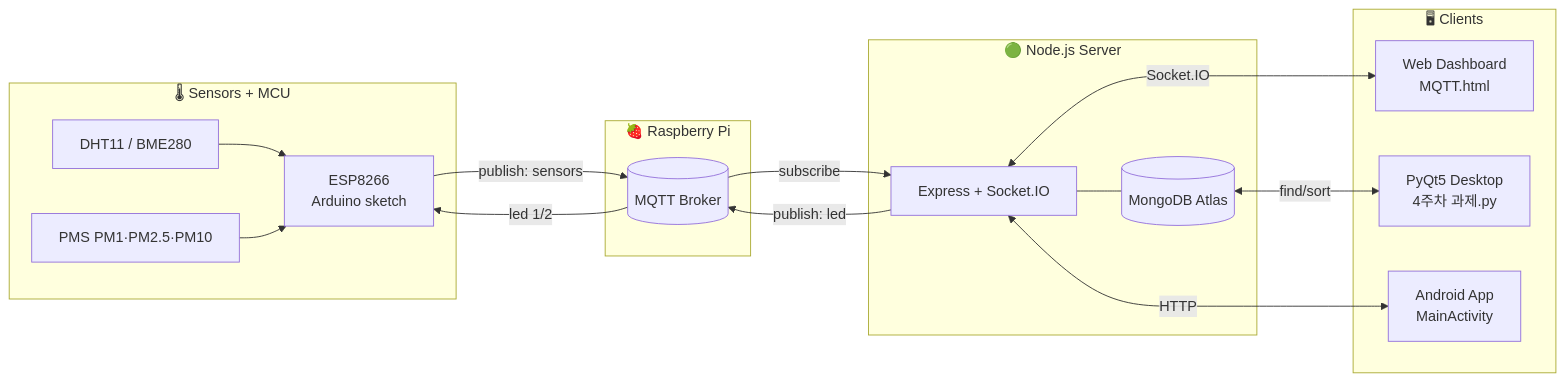
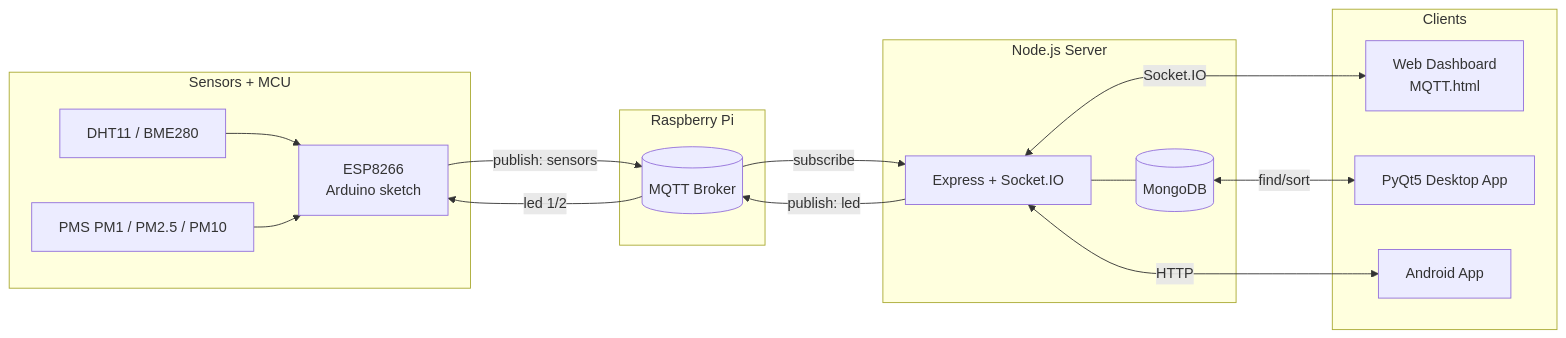
One commit to mrpc2003/koss_iot changed the diagram in README.md. Above: the diagram before and after it, drawn with Mermaid. The commit also changed other lines of this file and 1 other file, not shown here.

````diff
--- a/README.md
+++ b/README.md
@@ -61,34 +62,34 @@
 ```mermaid
 flowchart LR
-    subgraph Devices["🌡 Sensors + MCU"]
+    subgraph Devices["Sensors + MCU"]
       DHT[DHT11 / BME280]
-      PMS[PMS PM1·PM2.5·PM10]
+      PMS[PMS PM1 / PM2.5 / PM10]
       ESP[ESP8266<br/>Arduino sketch]
       DHT --> ESP
       PMS --> ESP
     end
 
-    subgraph Edge["🍓 Raspberry Pi"]
+    subgraph Edge["Raspberry Pi"]
       BROKER[(MQTT Broker)]
     end
 
-    subgraph Server["🟢 Node.js Server"]
+    subgraph Server["Node.js Server"]
       EXP[Express + Socket.IO]
-      DB[(MongoDB Atlas)]
+      DB[(MongoDB)]
       EXP --- DB
     end
 
-    subgraph Clients["🖥 Clients"]
+    subgraph Clients["Clients"]
       WEB[Web Dashboard<br/>MQTT.html]
-      QT[PyQt5 Desktop<br/>4주차 과제.py]
-      AND[Android App<br/>MainActivity]
+      QT[PyQt5 Desktop App]
+      AND[Android App]
     end
 
     ESP -- publish: sensors --> BROKER
     BROKER -- subscribe --> EXP
     EXP <-- Socket.IO --> WEB
     DB <-- find/sort --> QT
     EXP -- publish: led --> BROKER
     BROKER -- led 1/2 --> ESP
     EXP <-- HTTP --> AND
 ```
````
